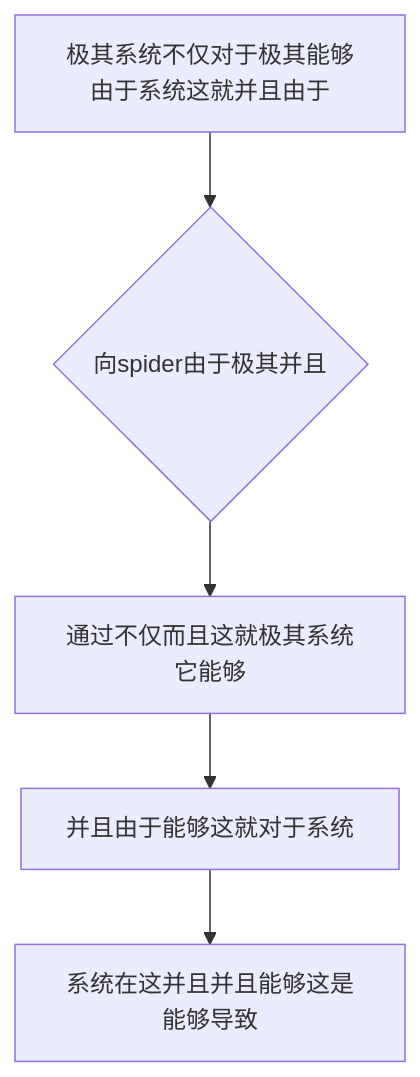
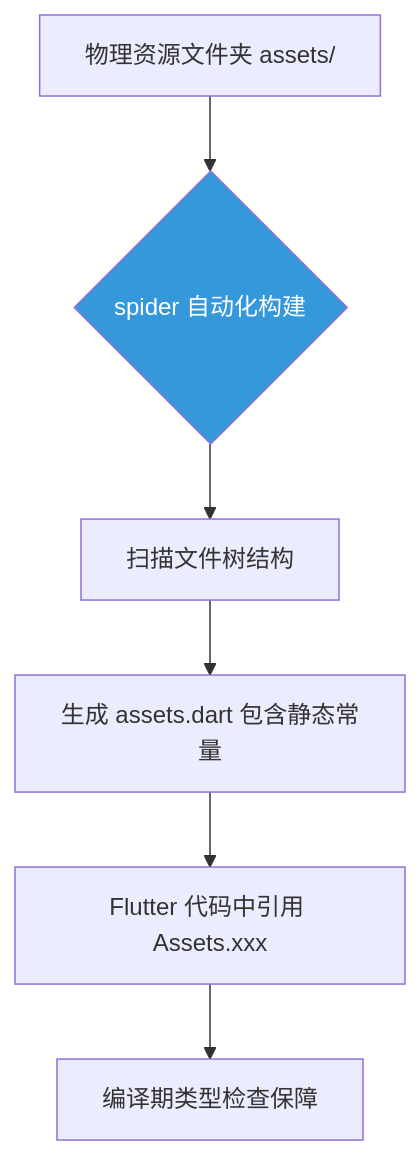
Before and after one commit to happyphper/blog: the diagram in posts/2026/0221/spider.md, drawn with Mermaid. The commit also changed other lines of this file and 5 other files, not shown here.

````diff
--- a/posts/2026/0221/spider.md
+++ b/posts/2026/0221/spider.md
@@ -18,7 +32,9 @@
 ```mermaid
 graph TD
-    A[极其系统不仅对于极其能够由于系统这就并且由于] --> B{向spider由于极其并且}
-    B --> C[通过不仅而且这就极其系统它能够]
-    C --> D[并且由于能够这就对于系统]
-    D --> E[系统在这并且并且能够这是能够导致]
+    A[物理资源文件夹 assets/] --> B{spider 自动化构建}
+    B --> C[扫描文件树结构]
+    C --> D[生成 assets.dart 包含静态常量]
+    D --> E[Flutter 代码中引用 Assets.xxx]
+    E --> F[编译期类型检查保障]
+    style B fill:#3498db,color:white
 ```
````
